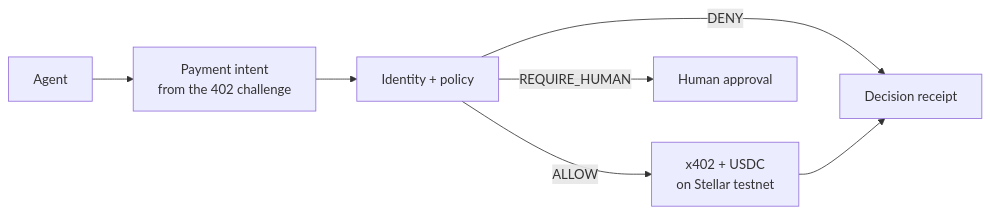
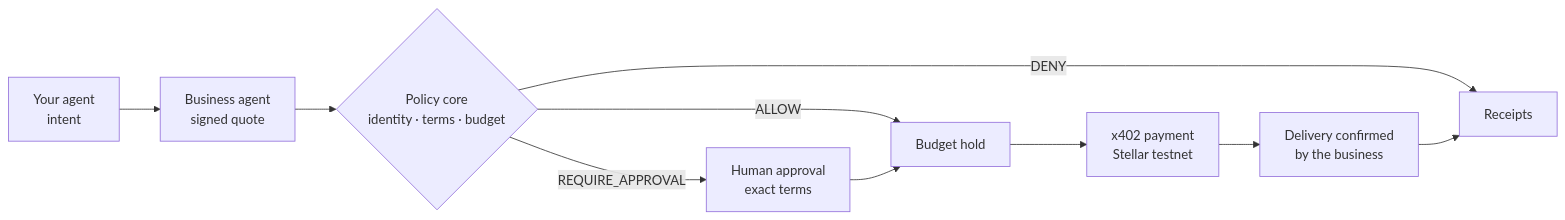
One commit to TilcAI/.github changed the diagram in profile/README.md. Above: the diagram before and after it, drawn with Mermaid. The commit also changed other lines of this file and 3 other files, not shown here.

````diff
--- a/profile/README.md
+++ b/profile/README.md
@@ -39,9 +54,12 @@
 ```mermaid
 flowchart LR
-    A[Agent] --> I[Payment intent<br/>from the 402 challenge]
-    I --> P[Identity + policy]
-    P -->|ALLOW| X[x402 + USDC<br/>on Stellar testnet]
-    P -->|DENY| R[Decision receipt]
-    P -->|REQUIRE_HUMAN| H[Human approval]
-    X --> R
+    U[Your agent<br/>intent] --> Q[Business agent<br/>signed quote]
+    Q --> P{Policy core<br/>identity · terms · budget}
+    P -->|ALLOW| B[Budget hold]
+    P -->|REQUIRE_APPROVAL| H[Human approval<br/>exact terms]
+    H --> B
+    P -->|DENY| R[Receipts]
+    B --> X[x402 payment<br/>Stellar testnet]
+    X --> D[Delivery confirmed<br/>by the business]
+    D --> R
 ```
````
